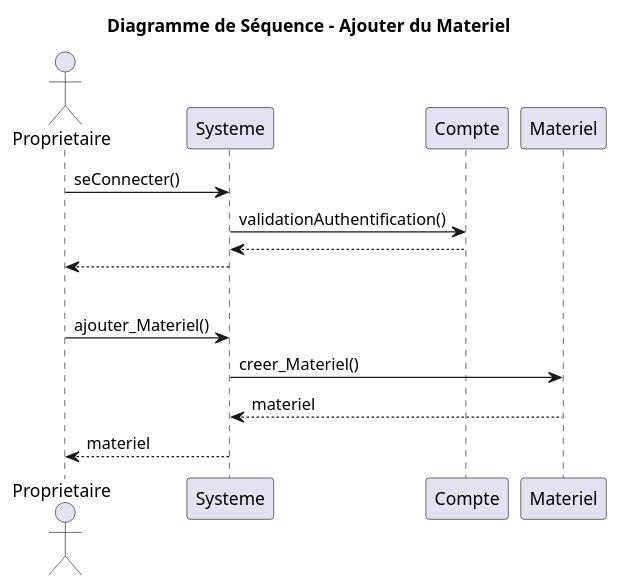
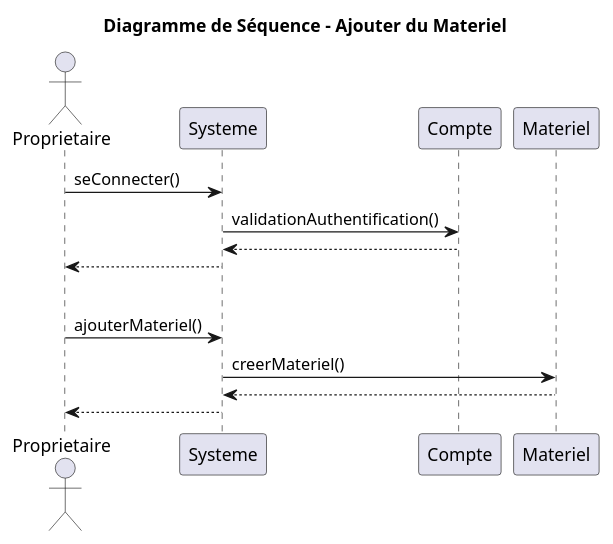
Before and after one commit to Egario54/ProjetClubNautique: the diagram in UML/Diagramme_sequence_ajouter_materiel.puml, drawn with PlantUML. The commit also changed 13 other files, not shown here.

First line of the commit message:
Ajout du diagramme de classe

```diff
--- a/UML/Diagramme_sequence_ajouter_materiel.puml
+++ b/UML/Diagramme_sequence_ajouter_materiel.puml
@@ -1,23 +1,23 @@
 @startuml
 title Diagramme de Séquence - Ajouter du Materiel
 actor Proprietaire
 participant Systeme
 participant Compte
 participant Materiel
 
 'Connexion à un compte'
 Proprietaire -> Systeme: seConnecter()
 Systeme -> Compte: validationAuthentification()
 return
 Systeme --> Proprietaire
 
 'Séparation'
 |||
 
 'Propriétaire ajoute un Materiel'
-Proprietaire -> Systeme: ajouter_Materiel()
-Systeme -> Materiel: creer_Materiel()
-Materiel --> Systeme: materiel
-Systeme --> Proprietaire: materiel
+Proprietaire -> Systeme: ajouterMateriel()
+Systeme -> Materiel: creerMateriel()
+Materiel --> Systeme
+Systeme --> Proprietaire
 
 @enduml
```
